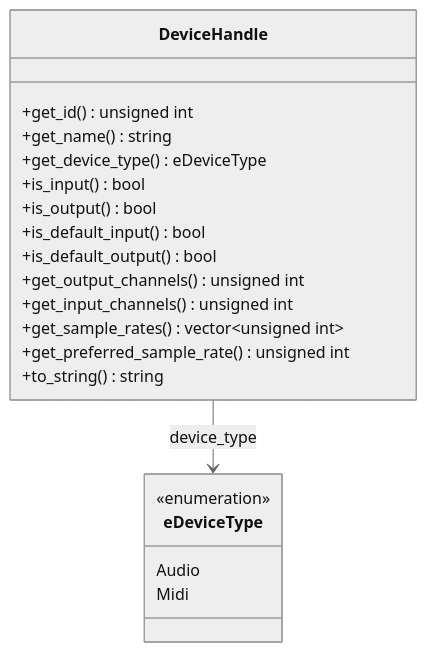
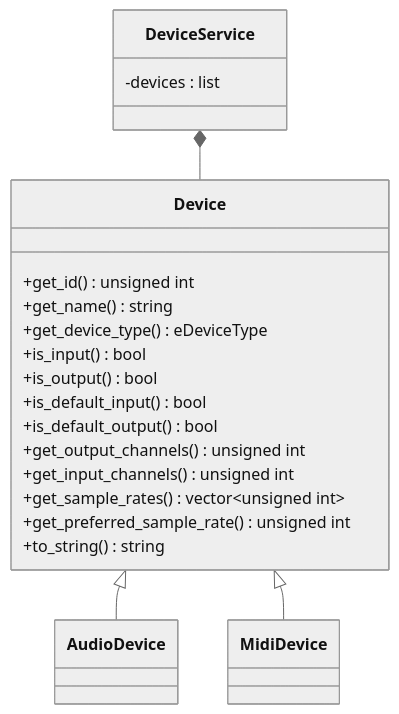
The tenth of 21 diagrams in docs/DESIGN_DOC.md (aidan-clyens/miniaudioengine), drawn with Mermaid (neutral theme) before and after one commit. The commit also changed other lines of this file, not shown here.

````diff
--- a/docs/DESIGN_DOC.md
+++ b/docs/DESIGN_DOC.md
@@ -348,26 +344,34 @@
 ```mermaid
 classDiagram
 
-    class DeviceHandle {
+    class DeviceService {
+        -devices : list<Device>
+    }
+
+    class Device {
         +get_id() unsigned int
         +get_name() string
         +get_device_type() eDeviceType
         +is_input() bool
         +is_output() bool
         +is_default_input() bool
         +is_default_output() bool
         +get_output_channels() unsigned int
         +get_input_channels() unsigned int
         +get_sample_rates() vector~unsigned int~
         +get_preferred_sample_rate() unsigned int
         +to_string() string
     }
 
-    class eDeviceType {
-        <<enumeration>>
-        Audio
-        Midi
+    class AudioDevice {
+
     }
 
-    DeviceHandle --> eDeviceType : device_type
+    class MidiDevice {
+
+    }
+
+    DeviceService *-- Device
+    Device <|-- AudioDevice
+    Device <|-- MidiDevice
 ```
````
